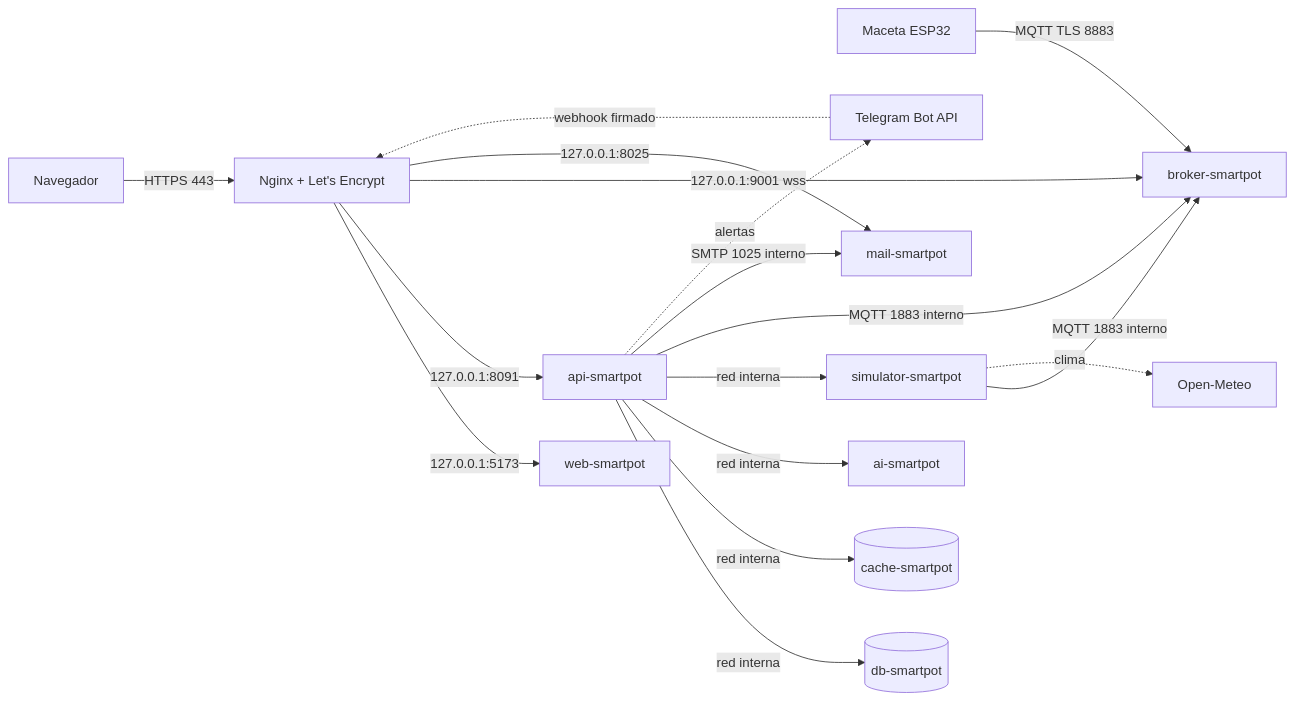
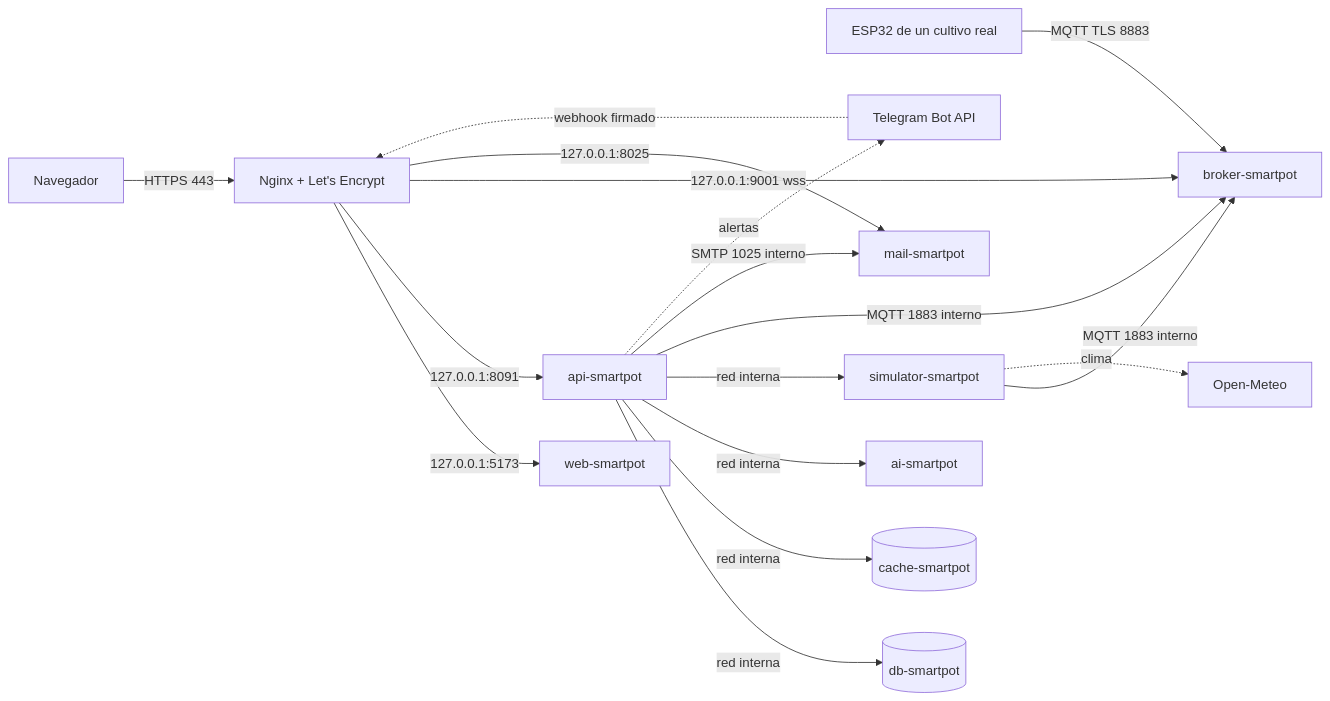
One commit to SmartPotTech/.github changed the first of 2 diagrams in docker/production/README.md. Above: the diagram before and after it, drawn with Mermaid. The commit also changed other lines of this file and 1 other file, not shown here.

````diff
--- a/docker/production/README.md
+++ b/docker/production/README.md
@@ -27,19 +27,19 @@
 ```mermaid
 flowchart LR
   B[Navegador] -->|HTTPS 443| N[Nginx + Let's Encrypt]
-  M[Maceta ESP32] -->|MQTT TLS 8883| K[broker-smartpot]
+  M[ESP32 de un cultivo real] -->|MQTT TLS 8883| K[broker-smartpot]
   N -->|127.0.0.1:5173| W[web-smartpot]
   N -->|127.0.0.1:8091| A[api-smartpot]
   N -->|127.0.0.1:9001 wss| K
   N -->|127.0.0.1:8025| E[mail-smartpot]
   A -->|red interna| D[(db-smartpot)]
   A -->|red interna| C[(cache-smartpot)]
   A -->|red interna| I[ai-smartpot]
   A -->|red interna| V[simulator-smartpot]
   V -->|MQTT 1883 interno| K
   V -.->|clima| O[Open-Meteo]
   A -->|MQTT 1883 interno| K
   A -->|SMTP 1025 interno| E
   A -.->|alertas| T[Telegram Bot API]
   T -.->|webhook firmado| N
 ```
````
